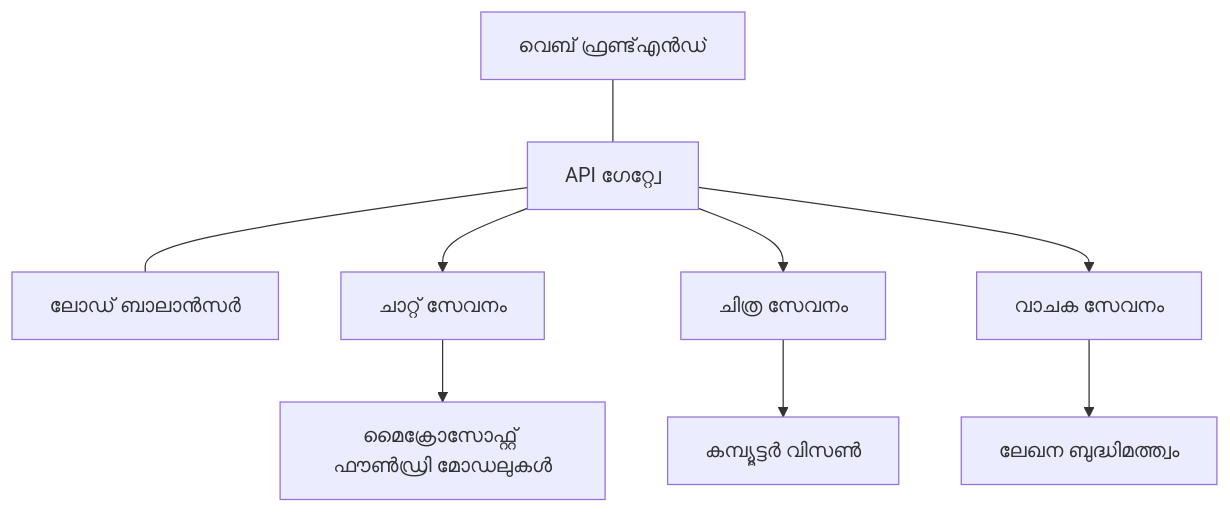
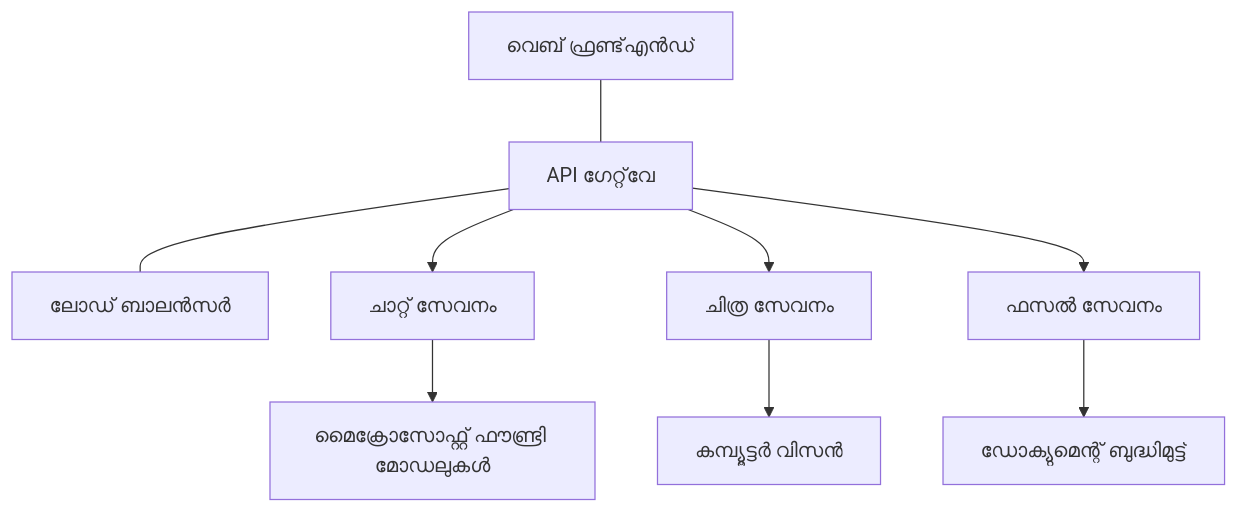
Before and after one commit to microsoft/AZD-for-beginners: the diagram in translations/ml/docs/chapter-08-production/production-ai-practices.md, drawn with Mermaid. The commit also changed other lines of this file and 101 other files, not shown here.

````diff
--- a/translations/ml/docs/chapter-08-production/production-ai-practices.md
+++ b/translations/ml/docs/chapter-08-production/production-ai-practices.md
@@ -30,10 +30,10 @@
 ```mermaid
 graph TD
-    Frontend[വെബ് ഫ്രണ്ട്‌എൻഡ്] --- Gateway[API ഗേറ്റ്വേ] --- LB[ലോഡ് ബാലാൻസർ]
+    Frontend[വെബ് ഫ്രണ്ട്‌എൻഡ്] --- Gateway[API ഗേറ്റ്‌വേ] --- LB[ലോഡ് ബാലൻസർ]
     Gateway --> Chat[ചാറ്റ് സേവനം]
     Gateway --> Image[ചിത്ര സേവനം]
-    Gateway --> Text[വാചക സേവനം]
-    Chat --> OpenAI[മൈക്രോസോഫ്റ്റ് ഫൗൺഡ്രി മോഡലുകൾ]
-    Image --> Vision[കമ്പ്യൂട്ടർ വിസൺ]
-    Text --> DocIntel[ലേഖന ബുദ്ധിമത്ത്വം]
+    Gateway --> Text[ഫസൽ സേവനം]
+    Chat --> OpenAI[മൈക്രോസോഫ്റ്റ് ഫൗണ്ട്രി മോഡലുകൾ]
+    Image --> Vision[കമ്പ്യൂട്ടർ വിസൻ]
+    Text --> DocIntel[ഡോക്യുമെന്റ് ബുദ്ധിമുട്ട്]
 ```
````
